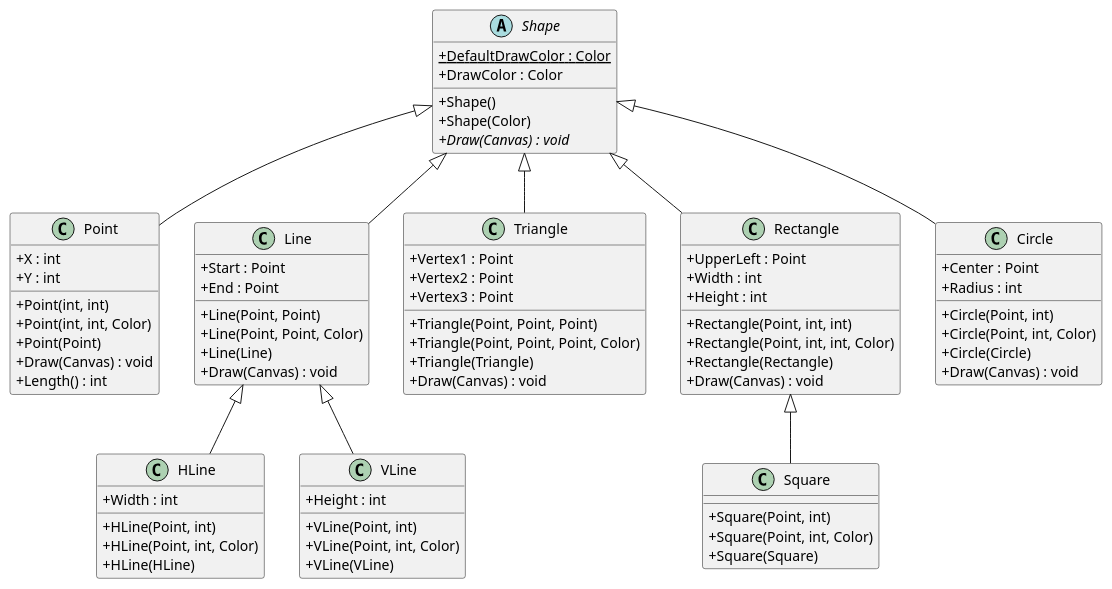
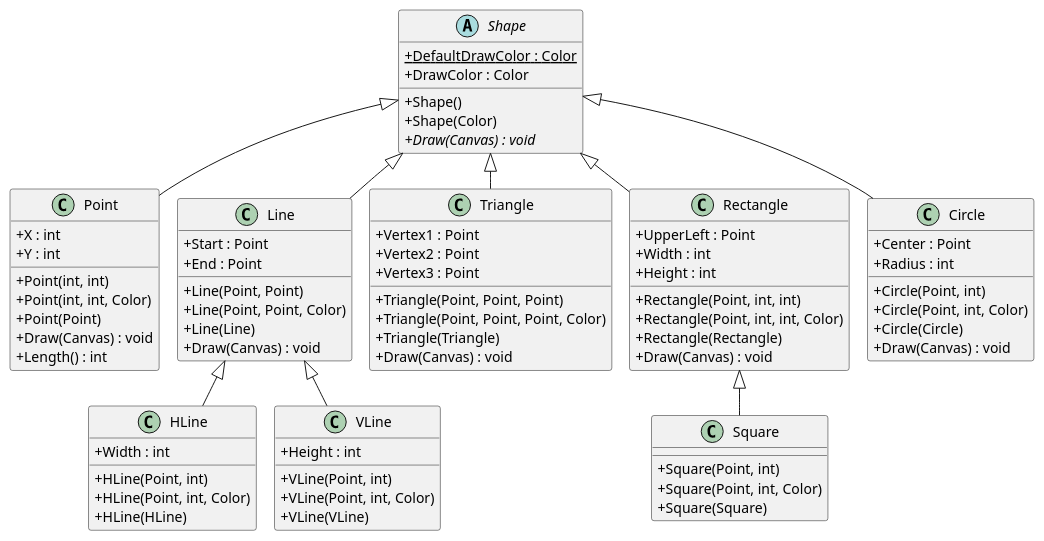
One commit to jimmyhfortin/Dev_logiciel changed the third of 4 diagrams in POO/poo_v._6_26-04-2022/profdenis-progobjet-5755e02e85cc/ShapesV3/shapes_class_diagram.md. Above: the diagram before and after it, drawn with PlantUML. The commit also changed other lines of this file and 22 other files, not shown here.

`````diff
--- a/POO/poo_v._6_26-04-2022/profdenis-progobjet-5755e02e85cc/ShapesV3/shapes_class_diagram.md
+++ b/POO/poo_v._6_26-04-2022/profdenis-progobjet-5755e02e85cc/ShapesV3/shapes_class_diagram.md
@@ -221,5 +222,6 @@
 ````plantuml
 @startuml
+!pragma layout smetana
 skinparam classAttributeIconSize 0
 abstract class Shape {
   {static} +DefaultDrawColor : Color
`````
